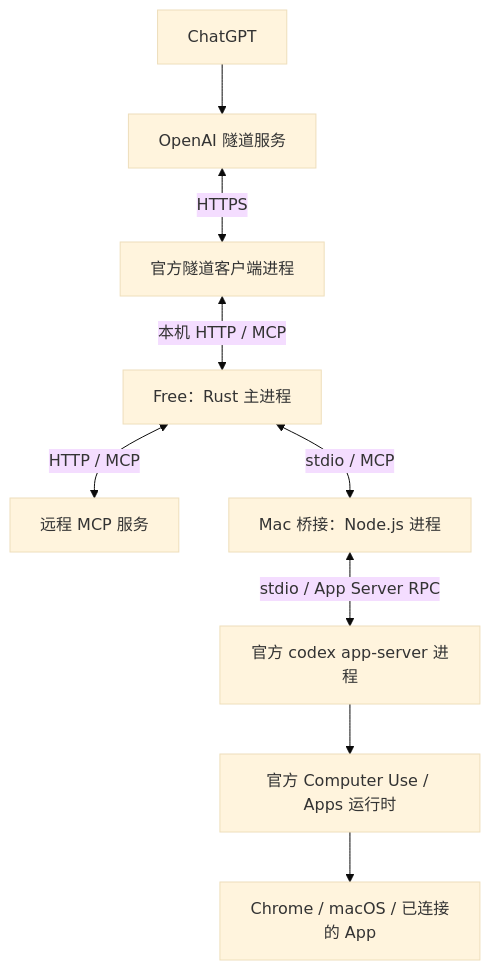
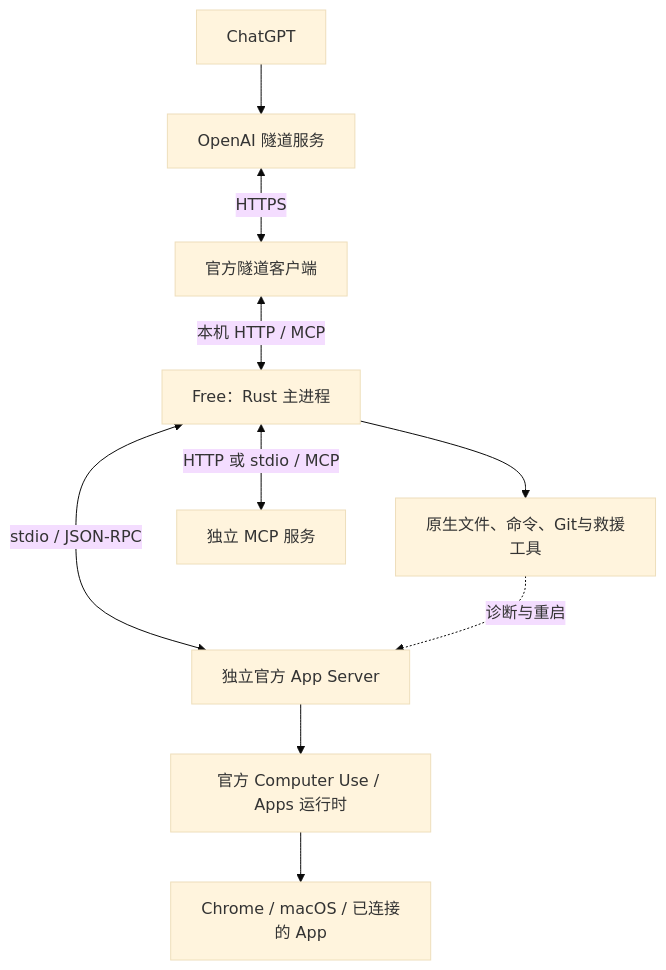
The diagram in docs/ARCHITECTURE.md (MikeManifold/codex-free), drawn with Mermaid (base theme) before and after one commit. The commit also changed other lines of this file and 26 other files, not shown here.

Commit message:
refactor: connect official App Server directly from Rust

````diff
--- a/docs/ARCHITECTURE.md
+++ b/docs/ARCHITECTURE.md
@@ -9,11 +7,12 @@
 ```mermaid
 flowchart TD
     ChatGPT --> Cloud[OpenAI 隧道服务]
-    Cloud <-->|HTTPS| Tunnel[官方隧道客户端进程]
+    Cloud <-->|HTTPS| Tunnel[官方隧道客户端]
     Tunnel <-->|本机 HTTP / MCP| Free[Free：Rust 主进程]
-    Free <-->|HTTP / MCP| Remote[远程 MCP 服务]
-    Free <-->|stdio / MCP| Node[Mac 桥接：Node.js 进程]
-    Node <-->|stdio / App Server RPC| Codex[官方 codex app-server 进程]
-    Codex --> Host[官方 Computer Use / Apps 运行时]
-    Host --> Mac[Chrome / macOS / 已连接的 App]
+    Free --> Local[原生文件、命令、Git与救援工具]
+    Free <-->|HTTP 或 stdio / MCP| MCP[独立 MCP 服务]
+    Free <-->|stdio / JSON-RPC| AppServer[独立官方 App Server]
+    AppServer --> Runtime[官方 Computer Use / Apps 运行时]
+    Runtime --> Host[Chrome / macOS / 已连接的 App]
+    Local -.->|诊断与重启| AppServer
 ```
````
